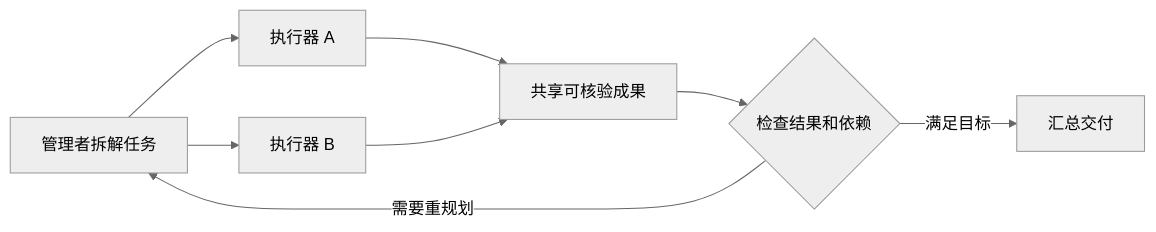
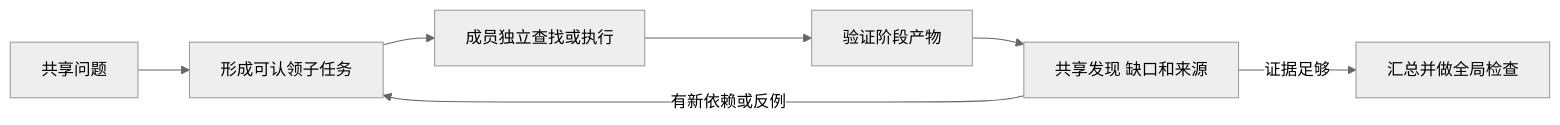
One commit to RoyceChase/cmu-ai-agents-study changed the diagram in lessons/10b-multi-agent-interaction/notes.md. Above: the diagram before and after it, drawn with Mermaid (neutral theme). The commit also changed other lines of this file and 14 other files, not shown here.

````diff
--- a/lessons/10b-multi-agent-interaction/notes.md
+++ b/lessons/10b-multi-agent-interaction/notes.md
@@ -185,10 +76,9 @@
-```mermaid
+~~~mermaid
 flowchart LR
-    M[管理者拆解任务] --> A[执行器 A]
-    M --> B[执行器 B]
-    A --> S[共享可核验成果]
-    B --> S
-    S --> V{检查结果和依赖}
-    V -->|需要重规划| M
-    V -->|满足目标| O[汇总交付]
-```
+    T[共享问题] --> Q[形成可认领子任务]
+    Q --> A[成员独立查找或执行]
+    A --> V[验证阶段产物]
+    V --> S[共享发现 缺口和来源]
+    S -->|有新依赖或反例| Q
+    S -->|证据足够| R[汇总并做全局检查]
+~~~
````
